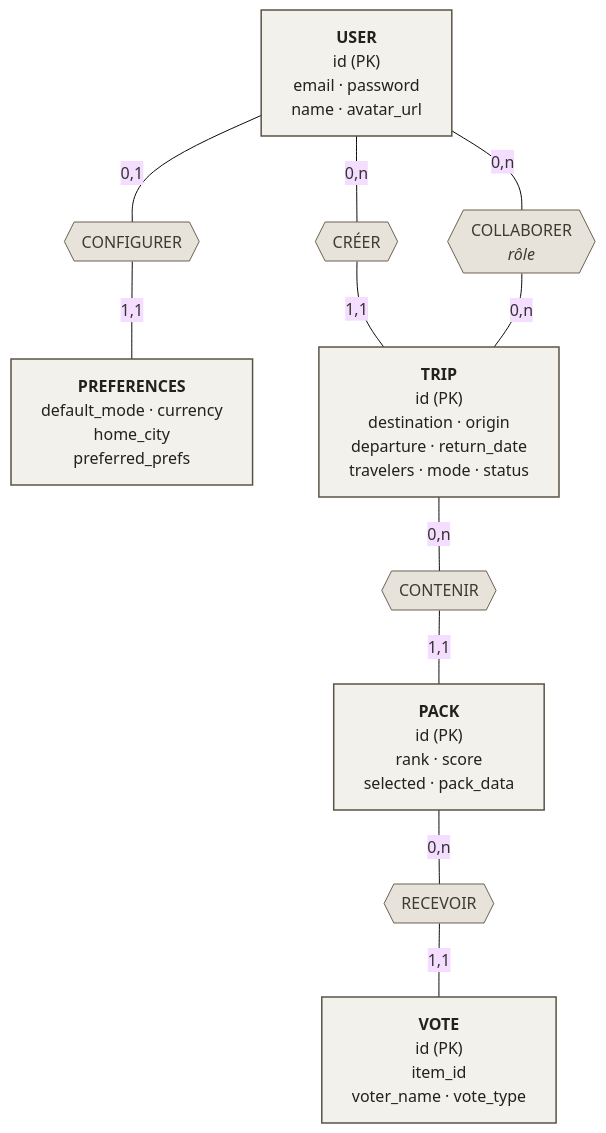
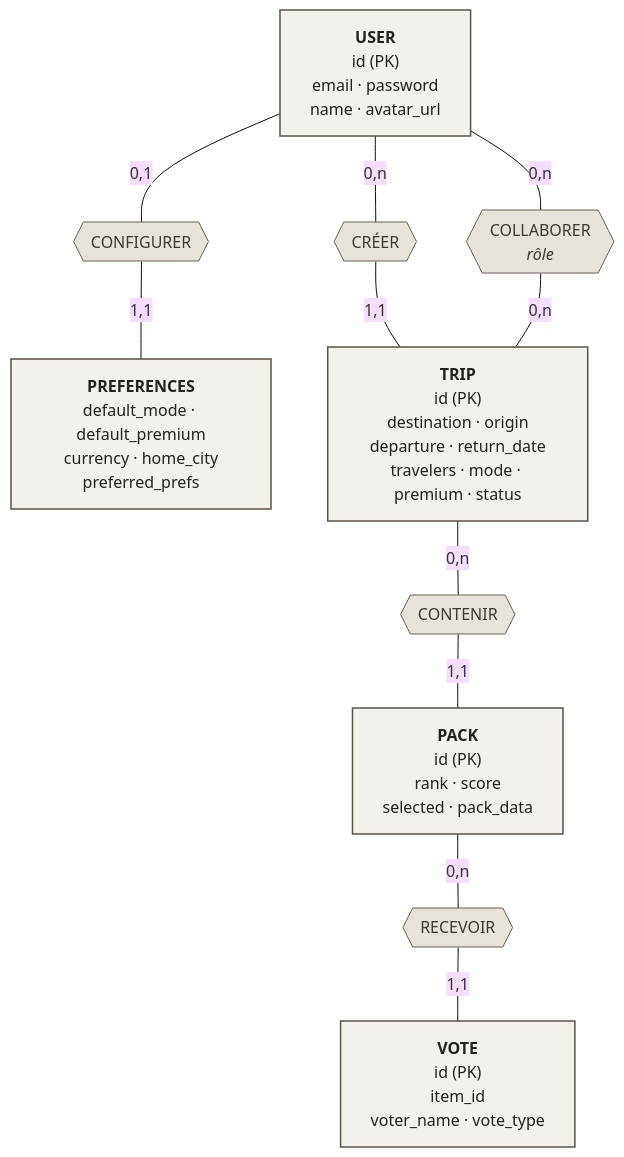
Before and after one commit to loties1533/tripgenie-app: the diagram in docs/architecture/mcd.mmd, drawn with Mermaid (base theme). The commit also changed 39 other files, not shown here.

First line of the commit message:
Bascule premium : suppression du mode luxe au profit d'un axe premium

```diff
--- a/docs/architecture/mcd.mmd
+++ b/docs/architecture/mcd.mmd
@@ -1,23 +1,23 @@
 flowchart TB
     USER["<b>USER</b><br/>id (PK)<br/>email · password<br/>name · avatar_url"]
-    PREF["<b>PREFERENCES</b><br/>default_mode · currency<br/>home_city<br/>preferred_prefs"]
-    TRIP["<b>TRIP</b><br/>id (PK)<br/>destination · origin<br/>departure · return_date<br/>travelers · mode · status"]
+    PREF["<b>PREFERENCES</b><br/>default_mode · default_premium<br/>currency · home_city<br/>preferred_prefs"]
+    TRIP["<b>TRIP</b><br/>id (PK)<br/>destination · origin<br/>departure · return_date<br/>travelers · mode · premium · status"]
     PACK["<b>PACK</b><br/>id (PK)<br/>rank · score<br/>selected · pack_data"]
     VOTE["<b>VOTE</b><br/>id (PK)<br/>item_id<br/>voter_name · vote_type"]
 
     CONFIG{{"CONFIGURER"}}
     CREER{{"CRÉER"}}
     COLLAB{{"COLLABORER<br/><i>rôle</i>"}}
     CONTENIR{{"CONTENIR"}}
     RECEVOIR{{"RECEVOIR"}}
 
     USER ---|"0,1"| CONFIG ---|"1,1"| PREF
     USER ---|"0,n"| CREER ---|"1,1"| TRIP
     USER ---|"0,n"| COLLAB ---|"0,n"| TRIP
     TRIP ---|"0,n"| CONTENIR ---|"1,1"| PACK
     PACK ---|"0,n"| RECEVOIR ---|"1,1"| VOTE
 
     classDef entity fill:#f3f1ec,stroke:#5b5346,stroke-width:1.5px,color:#23211d;
     classDef assoc fill:#e7e3da,stroke:#6b6051,stroke-width:1px,color:#3f3a31;
     class USER,PREF,TRIP,PACK,VOTE entity;
     class CONFIG,CREER,COLLAB,CONTENIR,RECEVOIR assoc;
```
